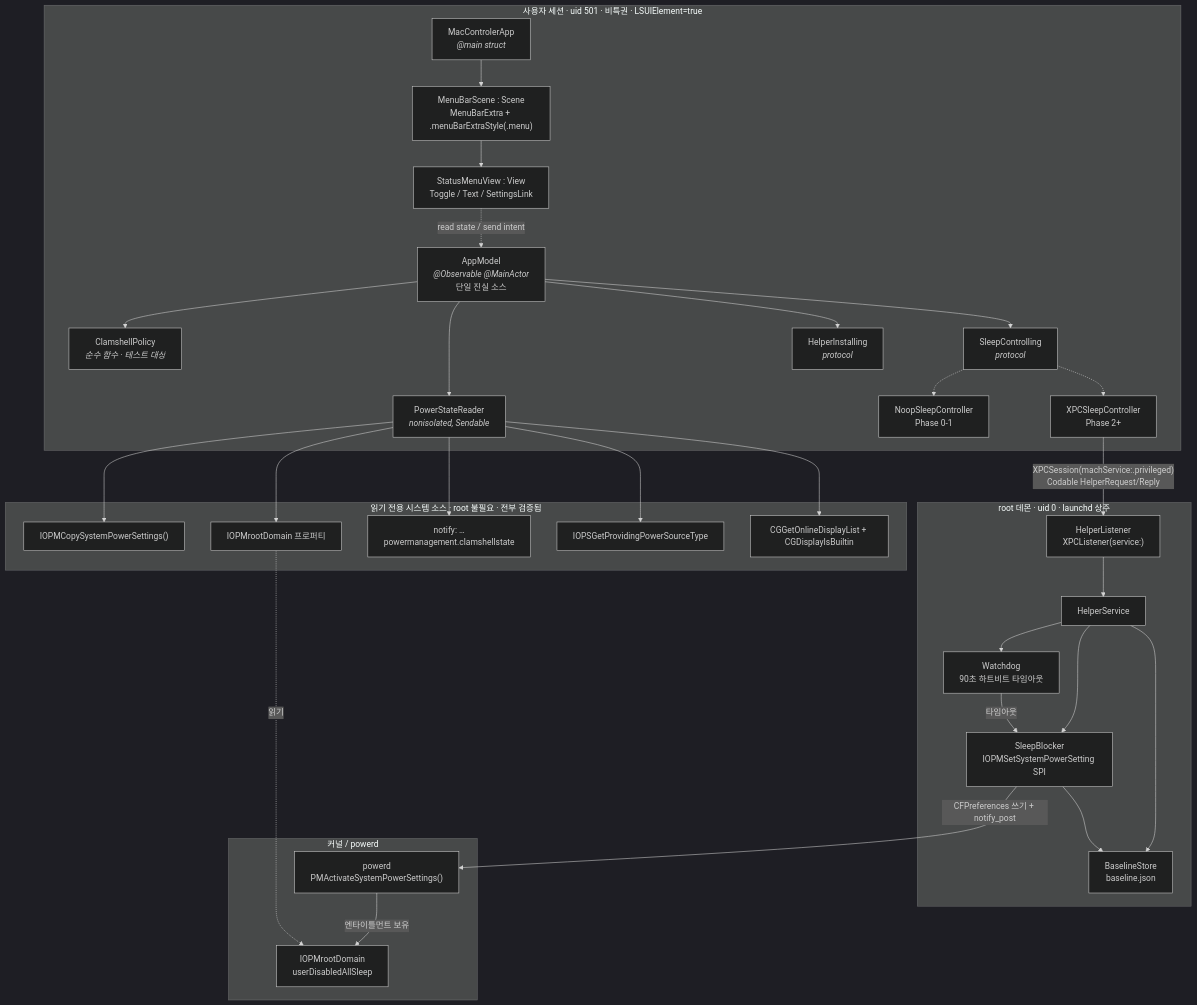
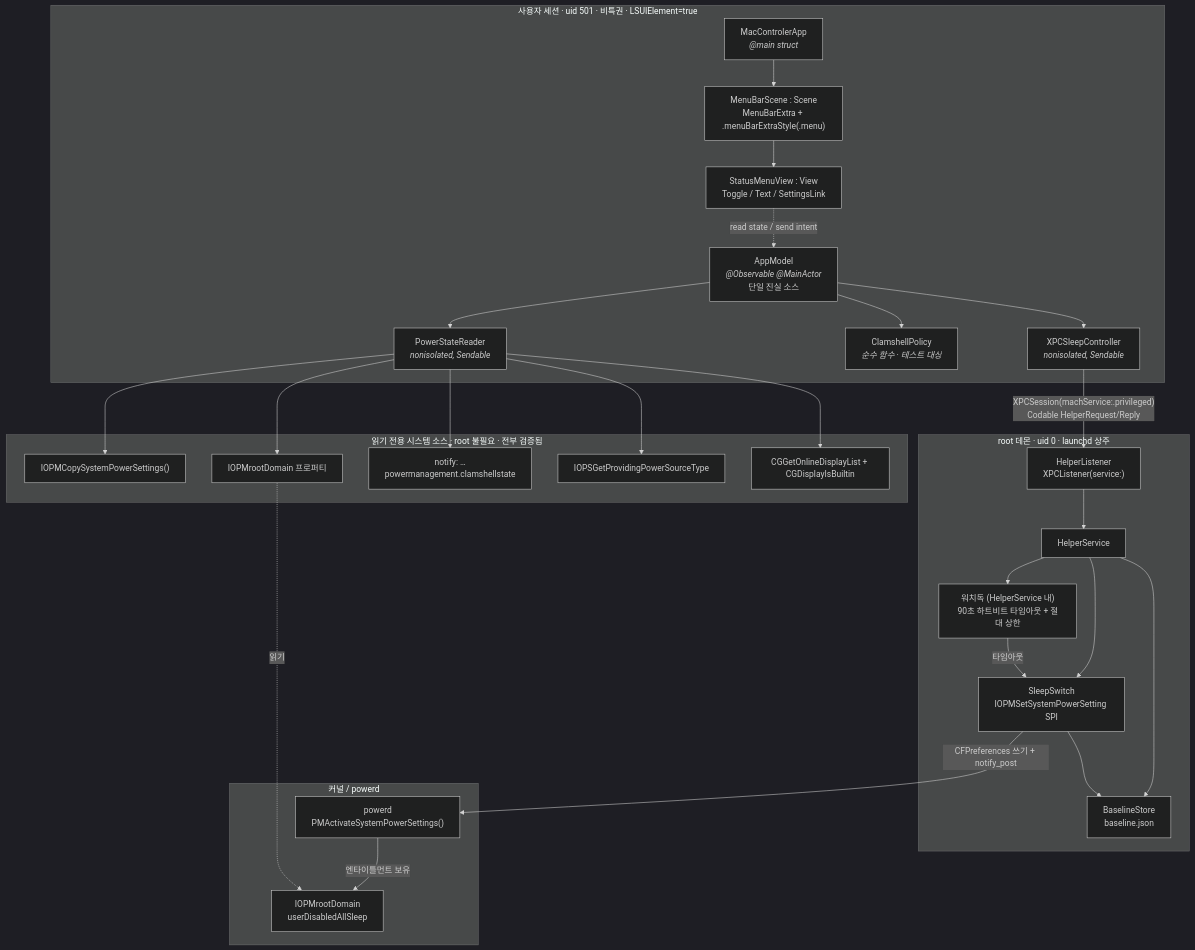
One commit to woojang1230/mac-controler changed the first of 2 diagrams in DESIGN.md. Above: the diagram before and after it, drawn with Mermaid (dark theme). The commit also changed other lines of this file and 2 other files, not shown here.

````diff
--- a/DESIGN.md
+++ b/DESIGN.md
@@ -260,53 +260,49 @@
 ```mermaid
 flowchart TB
     subgraph U["사용자 세션 · uid 501 · 비특권 · LSUIElement=true"]
         APP["MacControlerApp<br/><i>@main struct</i>"]
         SCENE["MenuBarScene : Scene<br/>MenuBarExtra + .menuBarExtraStyle(.menu)"]
         VIEW["StatusMenuView : View<br/>Toggle / Text / SettingsLink"]
         MODEL["AppModel<br/><i>@Observable @MainActor</i><br/>단일 진실 소스"]
         READER["PowerStateReader<br/><i>nonisolated, Sendable</i>"]
         POLICY["ClamshellPolicy<br/><i>순수 함수 · 테스트 대상</i>"]
-        PROTO["SleepControlling<br/><i>protocol</i>"]
-        NOOP["NoopSleepController<br/>Phase 0-1"]
-        XPCC["XPCSleepController<br/>Phase 2+"]
-        INST["HelperInstalling<br/><i>protocol</i>"]
+        XPCC["XPCSleepController<br/><i>nonisolated, Sendable</i>"]
 
         APP --> SCENE --> VIEW
         VIEW -.->|read state / send intent| MODEL
-        MODEL --> READER & POLICY & PROTO & INST
-        PROTO -.-> NOOP & XPCC
+        MODEL --> READER & POLICY & XPCC
     end
 
     subgraph SYS["읽기 전용 시스템 소스 · root 불필요 · 전부 검증됨"]
         S1["IOPMCopySystemPowerSettings()"]
         S2["IOPMrootDomain 프로퍼티"]
         S3["notify: …powermanagement.clamshellstate"]
         S4["IOPSGetProvidingPowerSourceType"]
         S5["CGGetOnlineDisplayList + CGDisplayIsBuiltin"]
     end
 
     READER --> S1 & S2 & S3 & S4 & S5
 
     subgraph H["root 데몬 · uid 0 · launchd 상주"]
         LIS["HelperListener<br/>XPCListener(service:)"]
         SVC["HelperService"]
-        BLOCK["SleepBlocker<br/>IOPMSetSystemPowerSetting SPI"]
-        WD["Watchdog<br/>90초 하트비트 타임아웃"]
+        BLOCK["SleepSwitch<br/>IOPMSetSystemPowerSetting SPI"]
+        WD["워치독 (HelperService 내)<br/>90초 하트비트 타임아웃 + 절대 상한"]
         STORE["BaselineStore<br/>baseline.json"]
 
         LIS --> SVC --> BLOCK & WD & STORE
         WD -->|타임아웃| BLOCK
         BLOCK --> STORE
     end
 
     XPCC -->|"XPCSession(machService:.privileged)<br/>Codable HelperRequest/Reply"| LIS
 
     subgraph K["커널 / powerd"]
         PD["powerd<br/>PMActivateSystemPowerSettings()"]
         RD["IOPMrootDomain<br/>userDisabledAllSleep"]
         PD -->|엔타이틀먼트 보유| RD
     end
 
     BLOCK -->|"CFPreferences 쓰기 + notify_post"| PD
     S2 -.읽기.-> RD
 ```
````
